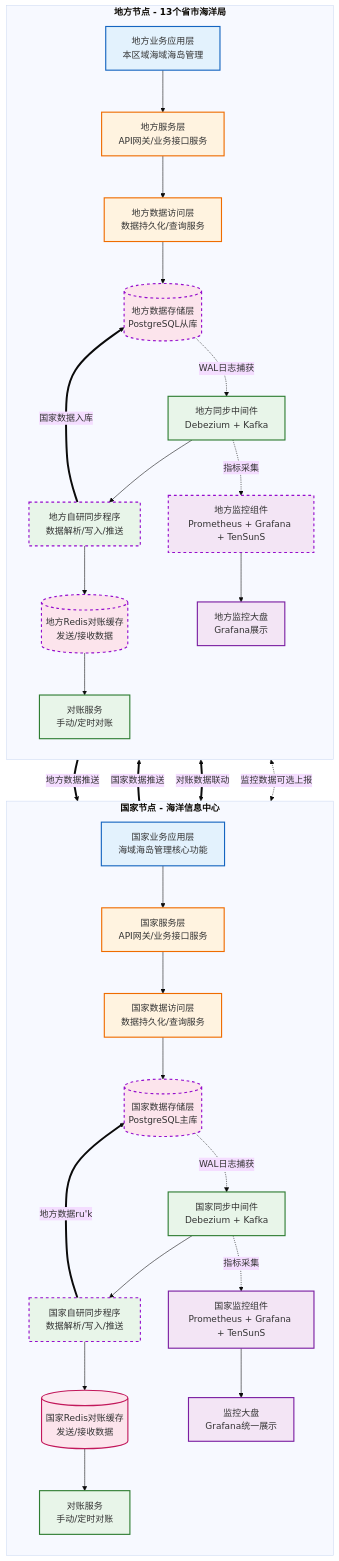
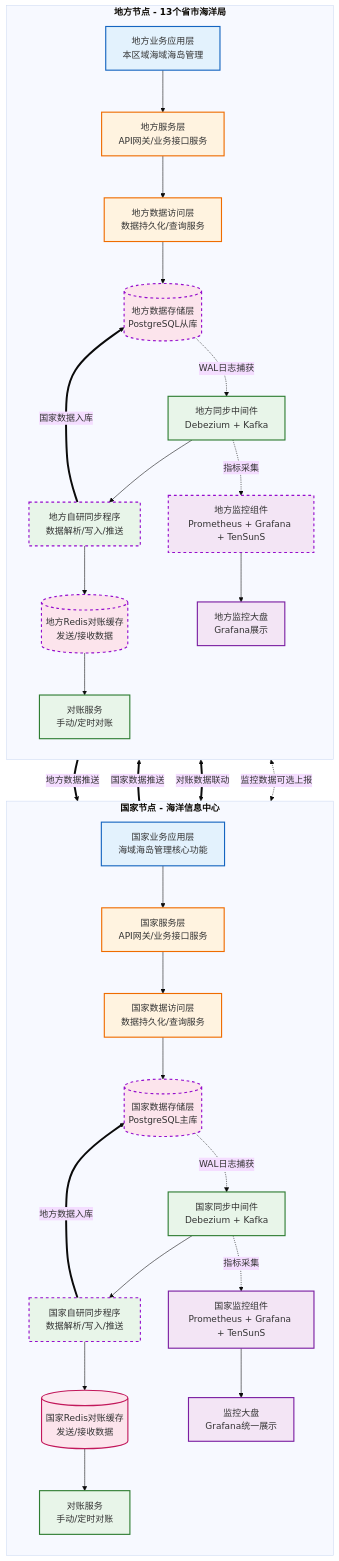
One commit to MyJohn2/iodraw-files changed the diagram in all/未命名-1.md. Above: the diagram before and after it, drawn with Mermaid (base theme).

Commit message:
2026-03-12 14:11:27 update

````diff
--- a/all/未命名-1.md
+++ b/all/未命名-1.md
@@ -1,68 +1,68 @@
 ```mermaid
 flowchart TD
     %% 定义样式
     classDef app fill:#e3f2fd,stroke:#1565c0,stroke-width:2px;
     classDef service fill:#fff3e0,stroke:#ef6c00,stroke-width:2px;
     classDef data fill:#fce4ec,stroke:#c2185b,stroke-width:2px;
     classDef sync fill:#e8f5e9,stroke:#2e7d32,stroke-width:2px;
     classDef monitor fill:#f3e5f5,stroke:#7b1fa2,stroke-width:2px;
     classDef linkLine stroke:#950DCD,stroke-width:2px,stroke-dasharray: 5 5;
 
     %% 国家节点 - 修复了标题括号问题
     subgraph NationNode [<B>国家节点 - 海洋信息中心]
         direction TB
         A1[国家业务应用层<br/>海域海岛管理核心功能]:::app
         B1[国家服务层<br/>API网关/业务接口服务]:::service
         C1[国家数据访问层<br/>数据持久化/查询服务]:::service
         D1[(国家数据存储层<br/>PostgreSQL主库)]:::data
         E1[国家同步中间件<br/>Debezium + Kafka]:::sync
         F1[国家自研同步程序<br/>数据解析/写入/推送]:::sync
         G1[(国家Redis对账缓存<br/>发送/接收数据)]:::data
         H1[国家监控组件<br/>Prometheus + Grafana + TenSunS]:::monitor
         I1[对账服务<br/>手动/定时对账]:::sync
         J1[监控大盘<br/>Grafana统一展示]:::monitor
 
         A1 --> B1
         B1 --> C1
         C1 --> D1
         D1 -.->|WAL日志捕获 | E1
         E1 --> F1
         F1 --> G1
         E1 -.->|指标采集 | H1
         G1 --> I1
         H1 --> J1
     end
     
     %% 地方节点 - 修复了标题括号问题
     subgraph LocalNode [<B>地方节点 - 13个省市海洋局]
         direction TB
         A2[地方业务应用层<br/>本区域海域海岛管理]:::app
         B2[地方服务层<br/>API网关/业务接口服务]:::service
         C2[地方数据访问层<br/>数据持久化/查询服务]:::service
         D2[(地方数据存储层<br/>PostgreSQL从库)]:::data
         E2[地方同步中间件<br/>Debezium + Kafka]:::sync
         F2[地方自研同步程序<br/>数据解析/写入/推送]:::sync
         G2[(地方Redis对账缓存<br/>发送/接收数据)]:::data
         H2[地方监控组件<br/>Prometheus + Grafana + TenSunS]:::monitor
         I2[对账服务<br/>手动/定时对账]:::sync
         J2[地方监控大盘<br/>Grafana展示]:::monitor
 
         A2 --> B2
         B2 --> C2
         C2 --> D2
         D2 -.->|WAL日志捕获 | E2
         E2 --> F2
         F2 --> G2
         E2 -.->|指标采集 | H2
         G2 --> I2
         H2 --> J2
     end
     
     %% 跨节点交互
     E2 ==>|地方数据推送 | F1:::linkLine
     E1 ==>|国家数据推送 | F2:::linkLine
     G1 <==>|对账数据联动 | G2:::linkLine
     H1 <-.->|监控数据可选上报 | H2:::linkLine
     F2 ==>|国家数据入库 | D2:::linkLine
-    F1 ==>|地方数据ru'k | D1:::linkLine
+    F1 ==>|地方数据入库 | D1:::linkLine
 ```
````
